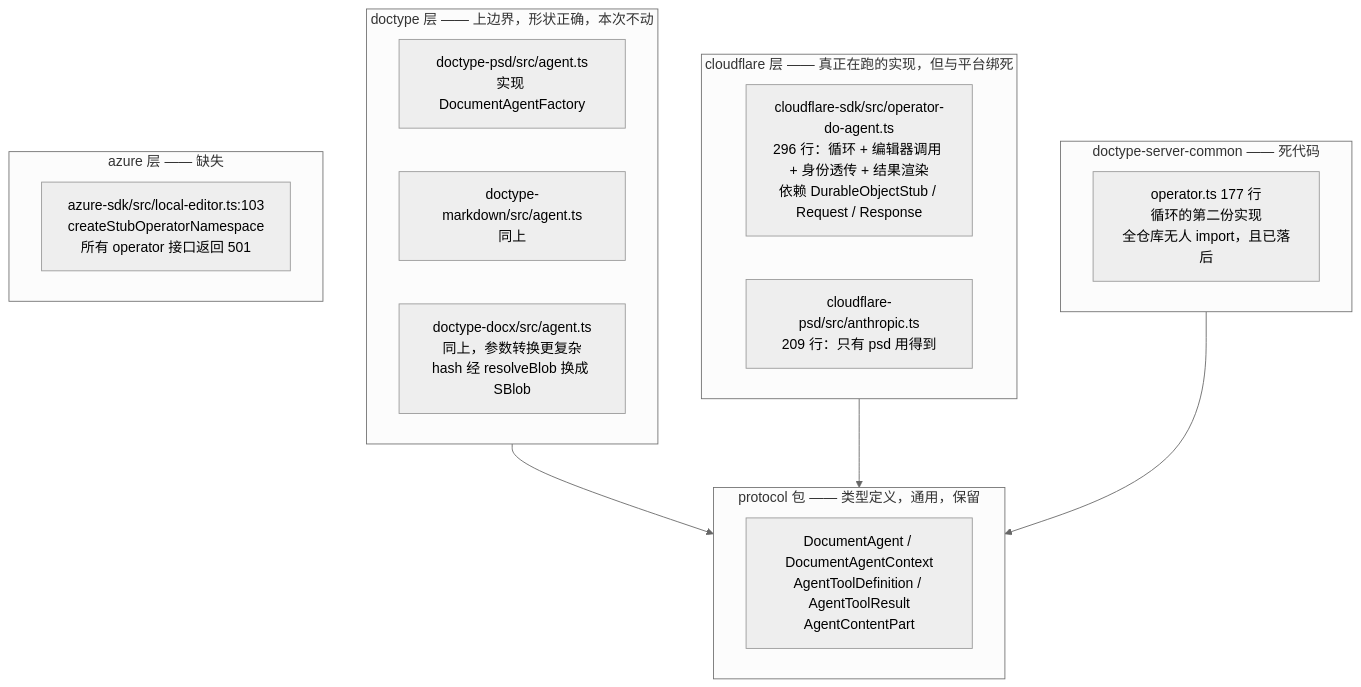
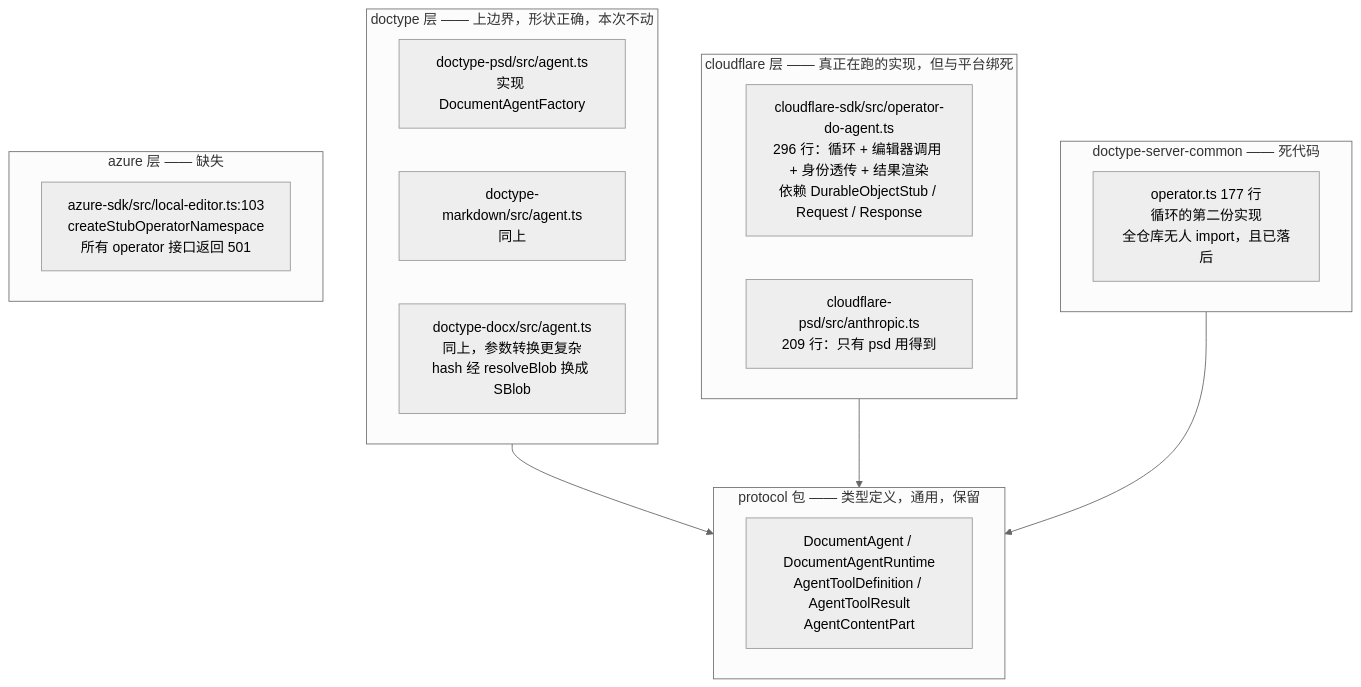
Before and after one commit to shazhou-ww/unidocs: the second of 15 diagrams in docs/superpowers/specs/2026-08-26-agent-sdk-design.md, drawn with Mermaid (neutral theme). The commit also changed other lines of this file, not shown here.

First line of the commit message:
docs(agent-sdk): DocumentAgentContext 改名 DocumentAgentRuntime,并拆出 readBlob

````diff
--- a/docs/superpowers/specs/2026-08-26-agent-sdk-design.md
+++ b/docs/superpowers/specs/2026-08-26-agent-sdk-design.md
@@ -119,29 +119,29 @@
 ```mermaid
 flowchart TB
     subgraph proto["protocol 包 —— 类型定义，通用，保留"]
-        T["DocumentAgent / DocumentAgentContext<br/>AgentToolDefinition / AgentToolResult<br/>AgentContentPart"]
+        T["DocumentAgent / DocumentAgentRuntime<br/>AgentToolDefinition / AgentToolResult<br/>AgentContentPart"]
     end
 
     subgraph dt["doctype 层 —— 上边界，形状正确，本次不动"]
         PSD["doctype-psd/src/agent.ts<br/>实现 DocumentAgentFactory"]
         MD["doctype-markdown/src/agent.ts<br/>同上"]
         DOCX["doctype-docx/src/agent.ts<br/>同上，参数转换更复杂<br/>hash 经 resolveBlob 换成 SBlob"]
     end
 
     subgraph cf["cloudflare 层 —— 真正在跑的实现，但与平台绑死"]
         ODA["cloudflare-sdk/src/operator-do-agent.ts<br/>296 行：循环 + 编辑器调用 + 身份透传 + 结果渲染<br/>依赖 DurableObjectStub / Request / Response"]
         ANT["cloudflare-psd/src/anthropic.ts<br/>209 行：只有 psd 用得到"]
     end
 
     subgraph dsc["doctype-server-common —— 死代码"]
         OP["operator.ts 177 行<br/>循环的第二份实现<br/>全仓库无人 import，且已落后"]
     end
 
     subgraph az["azure 层 —— 缺失"]
         STUB["azure-sdk/src/local-editor.ts:103<br/>createStubOperatorNamespace<br/>所有 operator 接口返回 501"]
     end
 
     dt --> proto
     cf --> proto
     dsc --> proto
 ```
````
